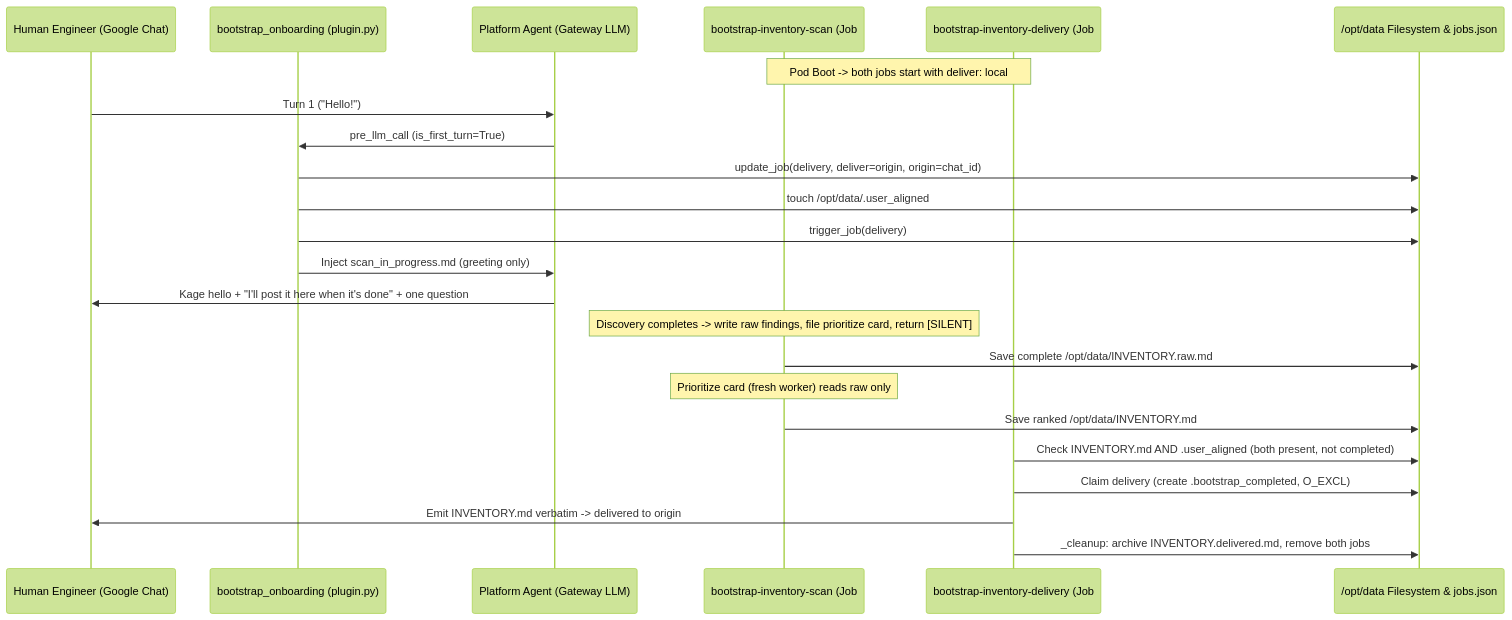
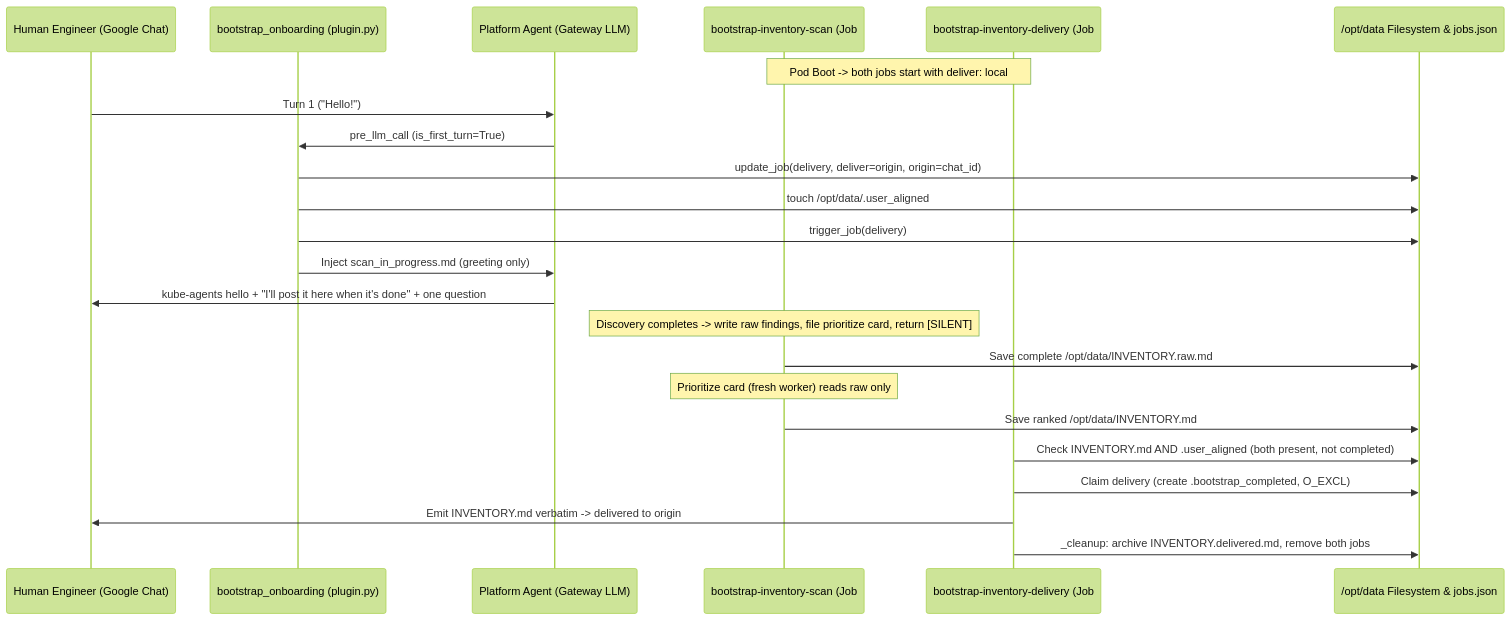
Before and after one commit to gke-labs/kube-agents: the second of 3 diagrams in agents/chat/defaults/plugins/bootstrap_onboarding/README.md, drawn with Mermaid (forest theme). The commit also changed other lines of this file and 7 other files, not shown here.

First line of the commit message:
feat(chat): introduce the agent as kube-agents in the first-install greeting

````diff
--- a/agents/chat/defaults/plugins/bootstrap_onboarding/README.md
+++ b/agents/chat/defaults/plugins/bootstrap_onboarding/README.md
@@ -115,26 +115,26 @@
 ```mermaid
 sequenceDiagram
     participant User as Human Engineer (Google Chat)
     participant Hook as bootstrap_onboarding (plugin.py)
     participant Agent as Platform Agent (Gateway LLM)
     participant Scan as bootstrap-inventory-scan (Job #1, LLM)
     participant Deliver as bootstrap-inventory-delivery (Job #2, no_agent script)
     participant Disk as /opt/data Filesystem & jobs.json
 
     Note over Scan,Deliver: Pod Boot -> both jobs start with deliver: local
     User->>Agent: Turn 1 ("Hello!")
     Agent->>Hook: pre_llm_call (is_first_turn=True)
     Hook->>Disk: update_job(delivery, deliver=origin, origin=chat_id)
     Hook->>Disk: touch /opt/data/.user_aligned
     Hook->>Disk: trigger_job(delivery)
     Hook->>Agent: Inject scan_in_progress.md (greeting only)
-    Agent->>User: Kage hello + "I'll post it here when it's done" + one question
+    Agent->>User: kube-agents hello + "I'll post it here when it's done" + one question
     Note over Scan: Discovery completes -> write raw findings, file prioritize card, return [SILENT]
     Scan->>Disk: Save complete /opt/data/INVENTORY.raw.md
     Note over Scan: Prioritize card (fresh worker) reads raw only
     Scan->>Disk: Save ranked /opt/data/INVENTORY.md
     Deliver->>Disk: Check INVENTORY.md AND .user_aligned (both present, not completed)
     Deliver->>Disk: Claim delivery (create .bootstrap_completed, O_EXCL)
     Deliver->>User: Emit INVENTORY.md verbatim -> delivered to origin
     Deliver->>Disk: _cleanup: archive INVENTORY.delivered.md, remove both jobs
 ```
````
